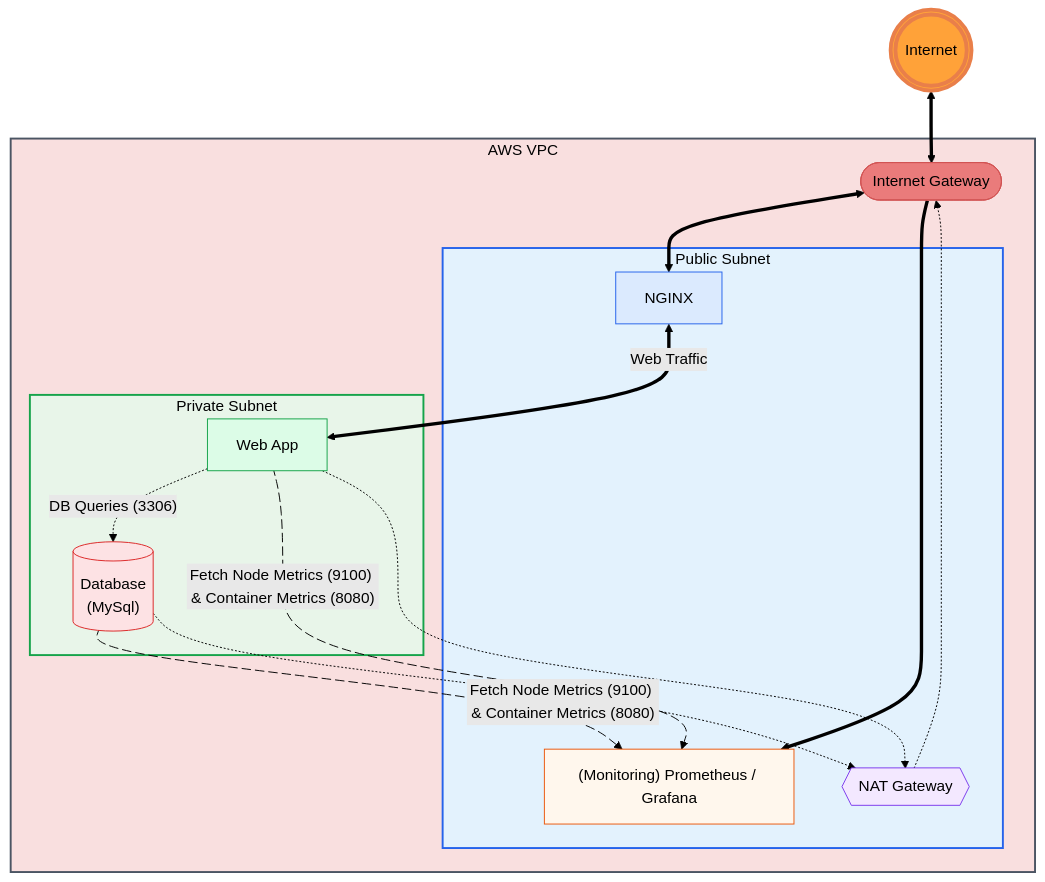
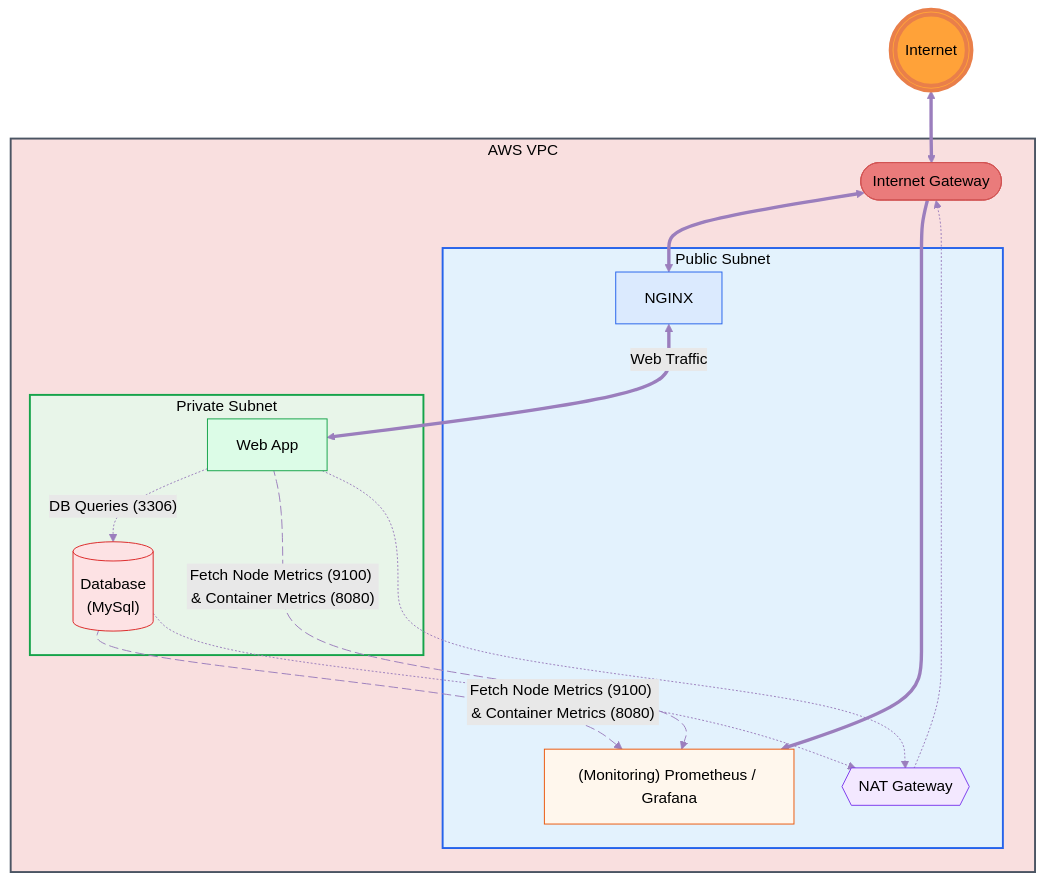
The diagram in README.md (Jazzar101/learning-terraform-3087701), drawn with Mermaid (forest theme) before and after one commit.

Commit message:
Changed line colour of edges and IGW colour

````diff
--- a/README.md
+++ b/README.md
@@ -6,58 +6,58 @@
 ```mermaid
 flowchart TB
     Internet(((Internet)))
     subgraph VPC[AWS VPC]
         IGW([Internet Gateway])
         subgraph PublicSubnet[Public Subnet]
             NAT{{NAT Gateway}}
             NGINX[NGINX]
             Monitoring["(Monitoring) Prometheus / Grafana"]
         end
 
         subgraph PrivateSubnet[Private Subnet]
             App[Web App]
             DB[("Database\n(MySql)")]
         end
     end
 
     Internet <==> IGW
     IGW <==> NGINX
     NGINX <==>|Web Traffic| App
     App -.->|"DB Queries (3306)"| DB
     IGW ==> Monitoring
 
     App metricsApp@-->|"Fetch Node Metrics (9100) & Container Metrics (8080)"| Monitoring
     DB metricsDB@-->|"Fetch Node Metrics (9100) & Container Metrics (8080)"| Monitoring
 
     App -.-> NAT
     DB -.-> NAT
     NAT -.-> IGW
     
     metricsApp@{ animation: slow }    
     metricsDB@{ animation: slow }
 
     %% Node-only styling (GitHub safe)
     classDef ingress fill:#dbeafe,stroke:#2563eb,color:#000000
     classDef monitoring fill:#fff7ed,stroke:#ea580c,color:#000000
     classDef nat fill:#f3e8ff,stroke:#7c3aed,color:#000000
     classDef app fill:#dcfce7,stroke:#16a34a,color:#000000
     classDef db fill:#fde2e4,stroke:#dc2626,color:#000000
-    classDef igw fill:#EA7B7B,stroke:#D25353,color:#00000
+    classDef igw fill:#EA7B7B,stroke:#D25353,color:#000000
     classDef PublicSubnet fill:#e3f2fd,stroke:#2563eb
     classDef PrivateSubnet fill:#e8f5e9,stroke:#16a34a    
     classDef VPC fill:#F9DFDF,stroke:#4b5563,stroke-width:2px,color:#000000
 
     style VPC fill:#F9DFDF,stroke:#4b5563,stroke-width:2px,color:#000000
     style PublicSubnet fill:#e3f2fd,stroke:#2563eb,stroke-width:2px,color:#000000
     style PrivateSubnet fill:#e8f5e9,stroke:#16a34a,stroke-width:2px,color:#000000
     style Internet fill:#FFA239,stroke:#E97F4A,stroke-width:4px,color:#000000
 
-    linkStyle default stroke:#000
+    linkStyle default stroke:#9B7EBD
 
     class NGINX ingress
     class Monitoring monitoring
     class NAT nat
     class App app
     class DB db
     class IGW igw
 ```
````
